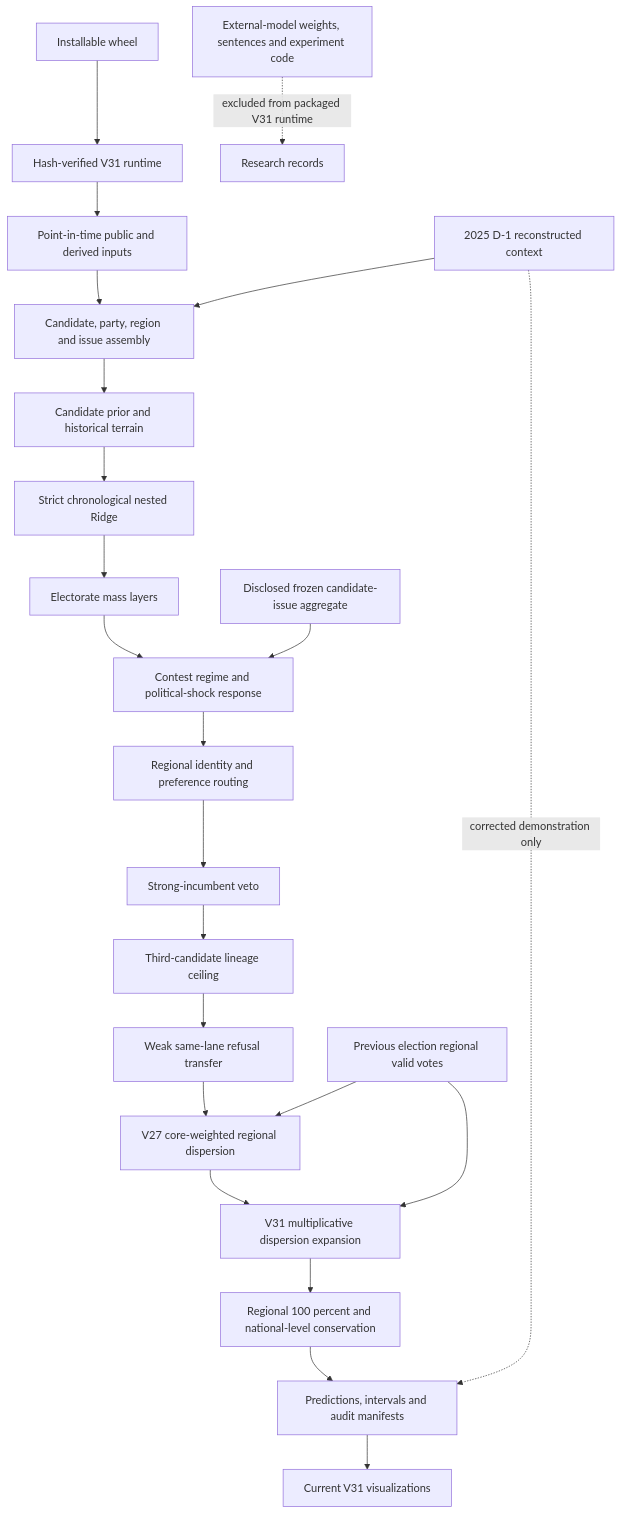
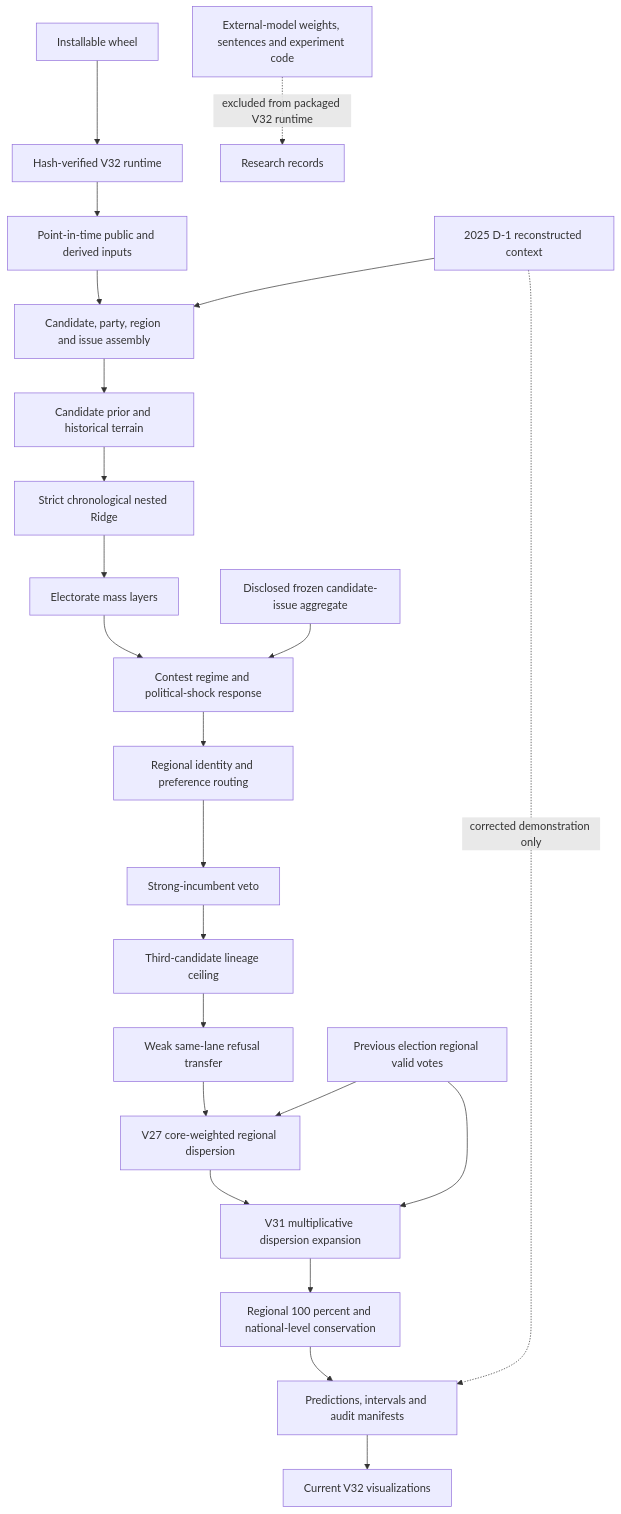
The diagram in docs/ARCHITECTURE.md (bamboosalt09-bam/election-forecast), drawn with Mermaid before and after one commit. The commit also changed other lines of this file and 17 other files, not shown here.

````diff
--- a/docs/ARCHITECTURE.md
+++ b/docs/ARCHITECTURE.md
@@ -17,27 +17,27 @@
 ```mermaid
 flowchart TD
-    P[Installable wheel] --> Q[Hash-verified V31 runtime]
+    P[Installable wheel] --> Q[Hash-verified V32 runtime]
     Q --> A[Point-in-time public and derived inputs]
     A --> B[Candidate, party, region and issue assembly]
     B --> C[Candidate prior and historical terrain]
     C --> D[Strict chronological nested Ridge]
     D --> E[Electorate mass layers]
     E --> F[Contest regime and political-shock response]
     F --> G[Regional identity and preference routing]
     G --> H[Strong-incumbent veto]
     H --> I[Third-candidate lineage ceiling]
     I --> J[Weak same-lane refusal transfer]
     J --> K[V27 core-weighted regional dispersion]
     K --> V[V31 multiplicative dispersion expansion]
     W[Previous election regional valid votes] --> K
     W --> V
     V --> L[Regional 100 percent and national-level conservation]
     L --> M[Predictions, intervals and audit manifests]
-    M --> N[Current V31 visualizations]
+    M --> N[Current V32 visualizations]
 
     O[2025 D-1 reconstructed context] --> B
     O -. corrected demonstration only .-> M
 
-    R[External-model weights, sentences and experiment code] -. excluded from packaged V31 runtime .-> S[Research records]
+    R[External-model weights, sentences and experiment code] -. excluded from packaged V32 runtime .-> S[Research records]
     T[Disclosed frozen candidate-issue aggregate] --> F
 ```
````
